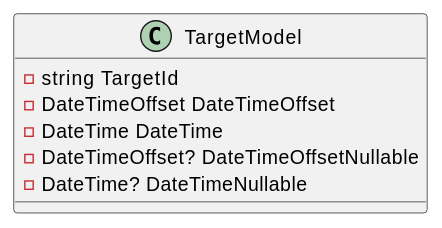
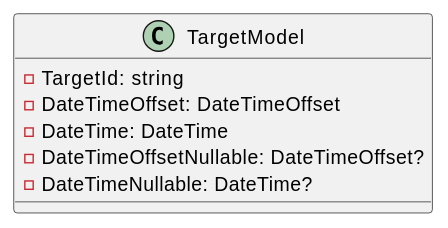
The first of 5 diagrams in docs/generated/Framework/Eliassen.System.Tests/TestTargets/Documentation.md (mwwhited-forks/dotnet-libs), drawn with PlantUML before and after one commit. The commit also changed other lines of this file and 444 other files, not shown here.

````diff
--- a/docs/generated/Framework/Eliassen.System.Tests/TestTargets/Documentation.md
+++ b/docs/generated/Framework/Eliassen.System.Tests/TestTargets/Documentation.md
@@ -7,11 +10,11 @@
 ```plantuml
 @startuml
 class TargetModel {
-  - string TargetId
-  - DateTimeOffset DateTimeOffset
-  - DateTime DateTime
-  - DateTimeOffset? DateTimeOffsetNullable
-  - DateTime? DateTimeNullable
+  - TargetId: string
+  - DateTimeOffset: DateTimeOffset
+  - DateTime: DateTime
+  - DateTimeOffsetNullable: DateTimeOffset?
+  - DateTimeNullable: DateTime?
 }
 @enduml
 ```
````
